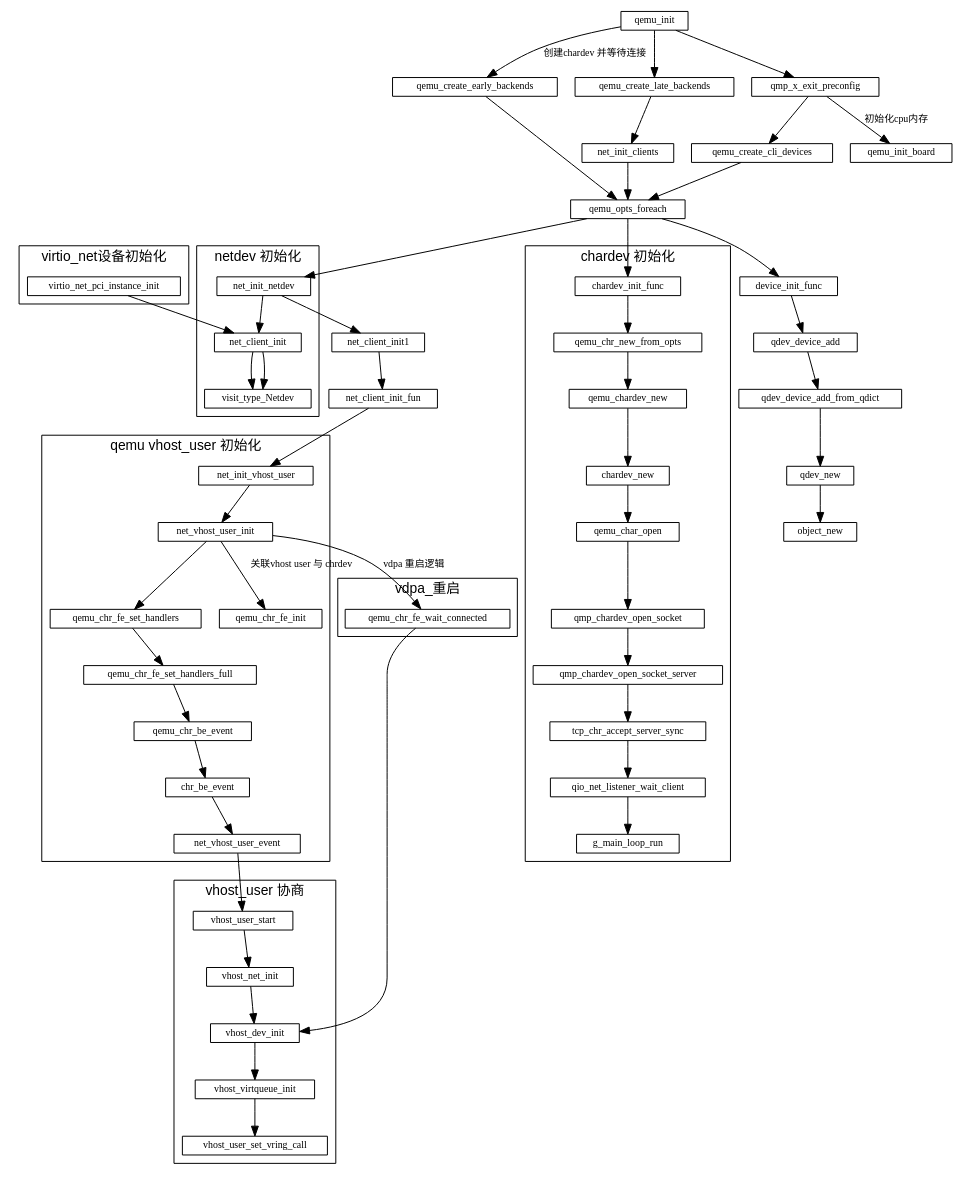
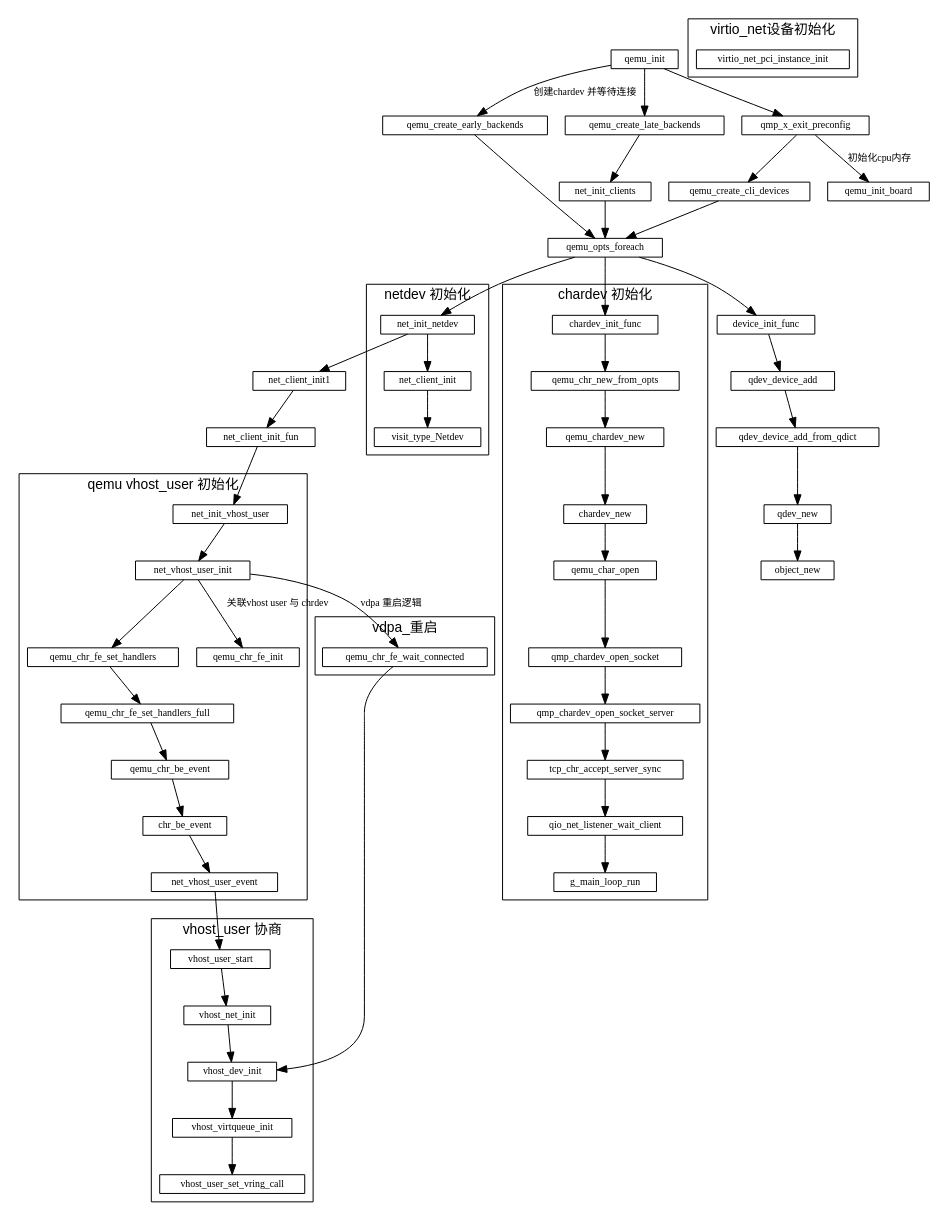
The diagram in qemu/qemu初始化.md (sisyphus1212/note), drawn with Graphviz before and after one commit.

Commit message:
auto_update

```diff
--- a/qemu/qemu初始化.md
+++ b/qemu/qemu初始化.md
@@ -44,8 +44,6 @@
         label="virtio_net设备初始化";
         cluster=true;
         virtio_net_pci_instance_init
-        -> net_client_init
-        -> visit_type_Netdev
     }
 
     subgraph vhost_user_init {
```
